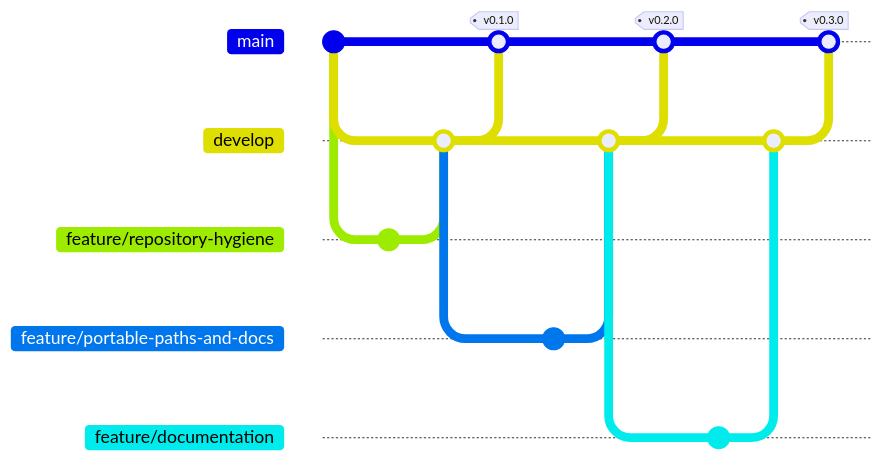
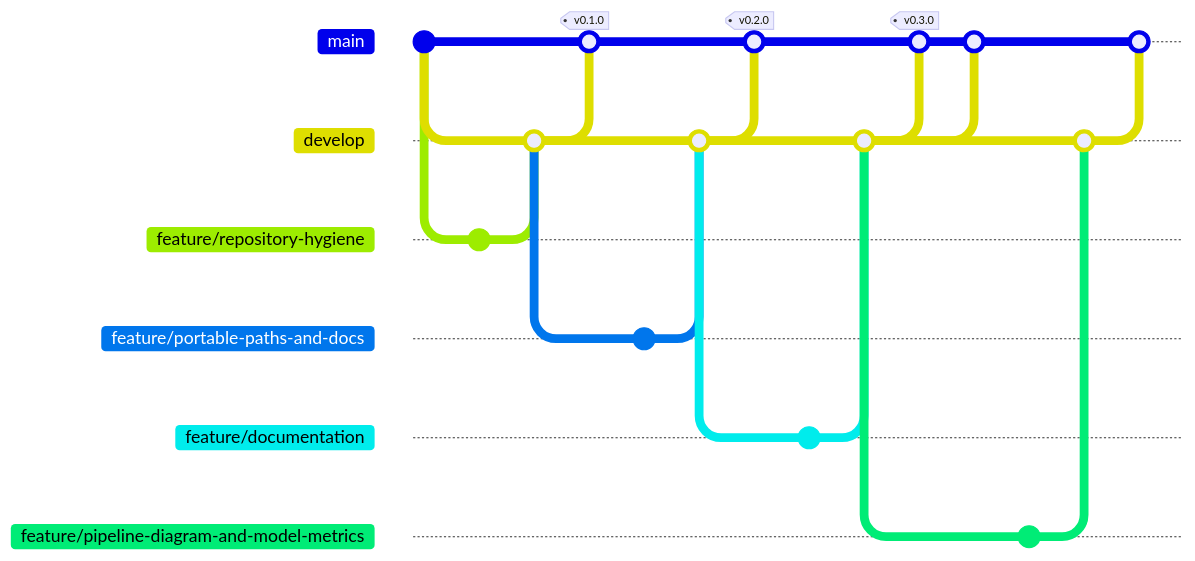
One commit to danielyatacoblas/omni-agro changed the second of 2 diagrams in README.md. Above: the diagram before and after it, drawn with Mermaid. The commit also changed other lines of this file, not shown here. Commit ids are hidden.

Commit message:
docs: regenerate the branch diagram after the release merge
The block quotes counts read from the history, so committing it necessarily changes what it counts. It is generated last and says when it was taken rather than pretending to be live.

````diff
--- a/README.md
+++ b/README.md
@@ -174,29 +174,39 @@
 ```mermaid
 gitGraph
    commit id: "import"
    branch develop
    checkout develop
    branch feature/repository-hygiene
    checkout feature/repository-hygiene
    commit
    checkout develop
    merge feature/repository-hygiene
    checkout main
    merge develop tag: "v0.1.0"
    checkout develop
    branch feature/portable-paths-and-docs
    checkout feature/portable-paths-and-docs
    commit
    checkout develop
    merge feature/portable-paths-and-docs
    checkout main
    merge develop tag: "v0.2.0"
    checkout develop
    branch feature/documentation
    checkout feature/documentation
    commit
    checkout develop
    merge feature/documentation
    checkout main
    merge develop tag: "v0.3.0"
+   checkout main
+   merge develop
+   checkout develop
+   branch feature/pipeline-diagram-and-model-metrics
+   checkout feature/pipeline-diagram-and-model-metrics
+   commit
+   checkout develop
+   merge feature/pipeline-diagram-and-model-metrics
+   checkout main
+   merge develop
 ```
````
